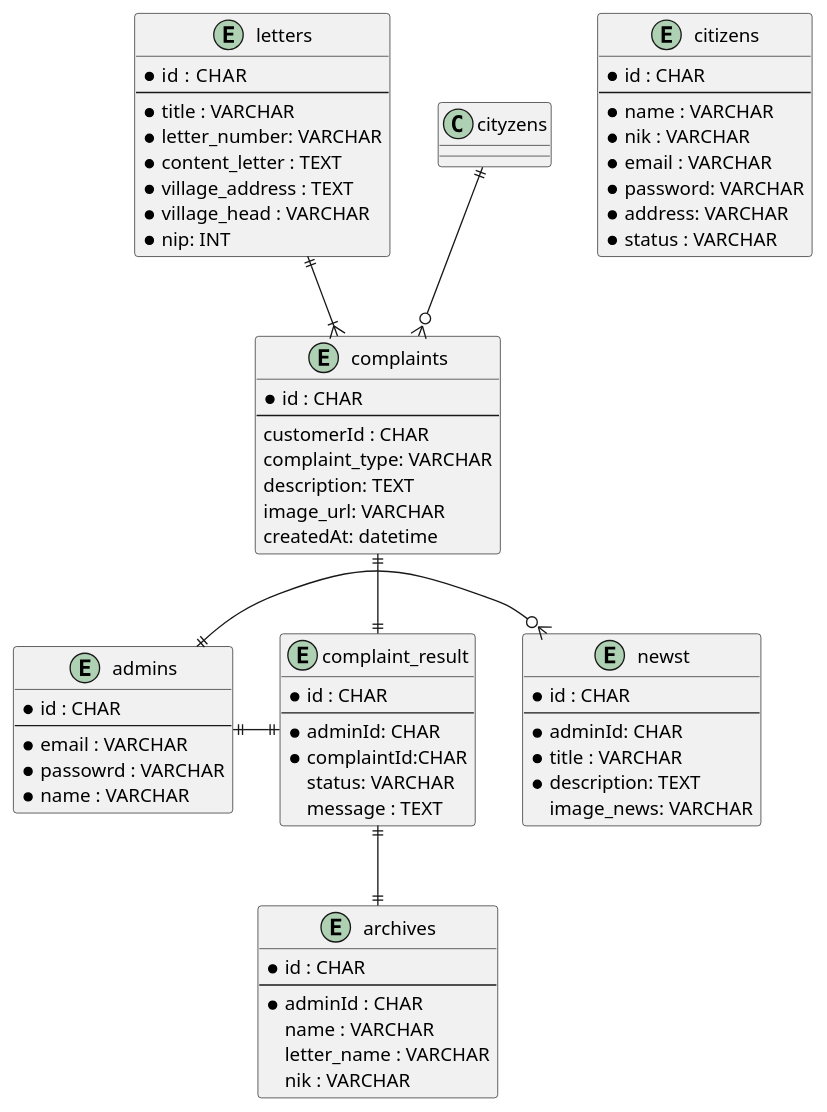
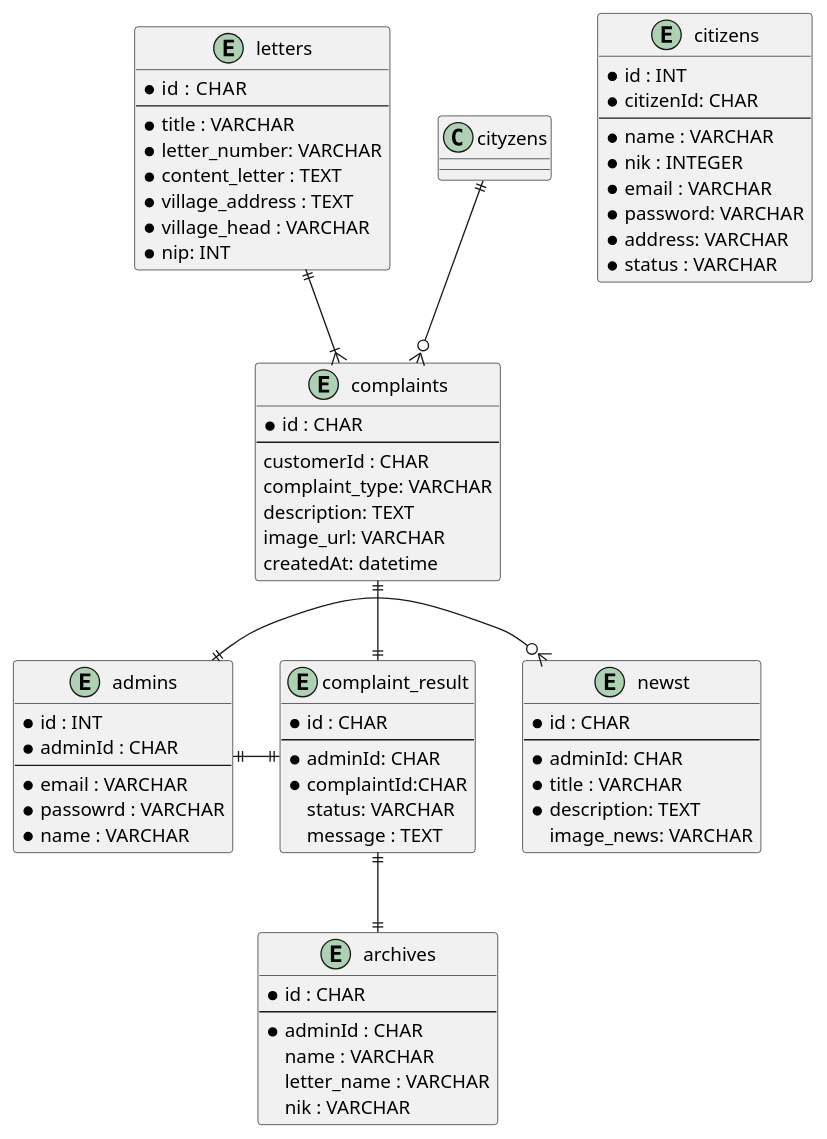
The diagram in wadewa.puml (resiwicaksono98/Restfull-WadewaApp), drawn with PlantUML before and after one commit. The commit also changed 5 other files, not shown here.

```diff
--- a/wadewa.puml
+++ b/wadewa.puml
@@ -1,77 +1,79 @@
 @startuml
 
 entity citizens {
-	* id : CHAR
+	* id : INT
+	* citizenId: CHAR
 	--
 	* name : VARCHAR
-	* nik : VARCHAR
+	* nik : INTEGER
 	* email : VARCHAR
 	* password: VARCHAR
 	* address: VARCHAR
 	* status : VARCHAR
 }
 
 entity admins {
-	* id : CHAR
+	* id : INT
+	* adminId : CHAR
 	--
 	* email : VARCHAR
 	* passowrd : VARCHAR
 	* name : VARCHAR
 }
 
 entity complaints {
 	*id : CHAR 
 	--
 	customerId : CHAR
 	complaint_type: VARCHAR
 	description: TEXT
 	image_url: VARCHAR
 	createdAt: datetime
 }
 
 entity complaint_result {
 	* id : CHAR
 	--
 	* adminId: CHAR
 	* complaintId:CHAR
 	status: VARCHAR
 	message : TEXT
 }
 
 entity newst {
 	* id : CHAR
 	--
 	* adminId: CHAR
 	* title : VARCHAR
 	* description: TEXT
 	image_news: VARCHAR
 }
 
 entity letters {
 	* id :  CHAR
 	--
 	* title : VARCHAR
 	* letter_number: VARCHAR
 	* content_letter : TEXT
 	* village_address : TEXT
 	* village_head : VARCHAR
 	* nip: INT
 }
 
 entity archives {
 	* id : CHAR
 	--
 	* adminId : CHAR
 	name : VARCHAR
 	letter_name : VARCHAR
 	nik : VARCHAR
 }
 
 cityzens ||--o{ complaints
 complaints ||--|| complaint_result
 letters ||--|{ complaints
 admins ||-o{ newst
 admins ||-|| complaint_result
 complaint_result ||--|| archives
 
 @enduml
```
